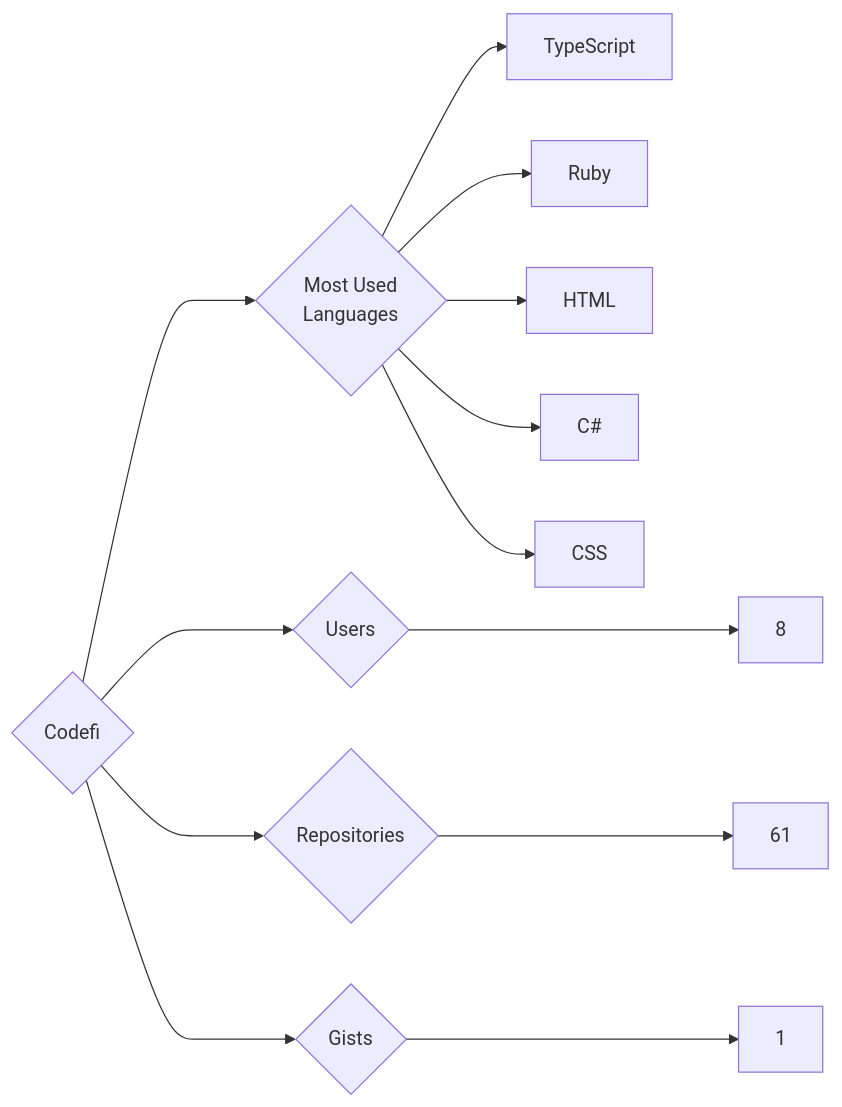
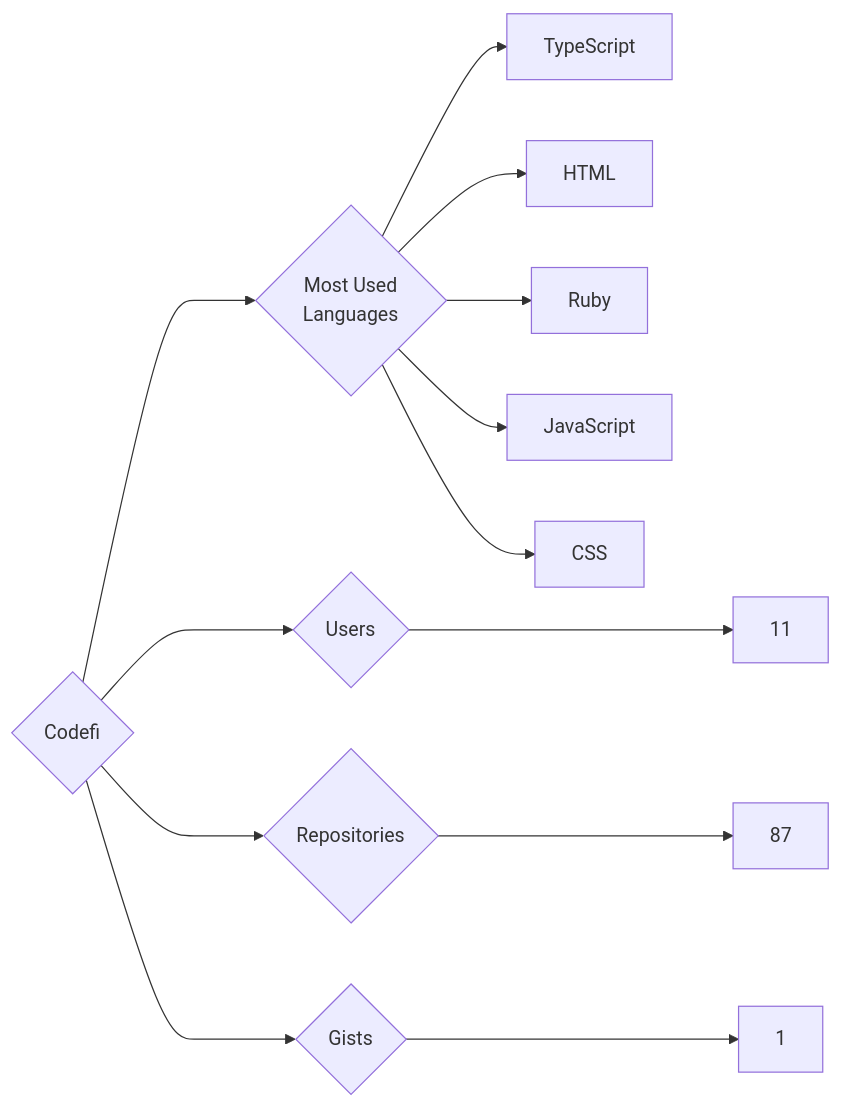
One commit to trickest/insiders changed the diagram in targets/Codefi/README.md. Above: the diagram before and after it, drawn with Mermaid. The commit also changed 933 other files, not shown here.

````diff
--- a/targets/Codefi/README.md
+++ b/targets/Codefi/README.md
@@ -3,13 +3,13 @@
 ```mermaid
 graph LR
 COMPANY_NAME{Codefi}
-COMPANY_NAME ---> U{Users} ---> UN[8]
-COMPANY_NAME ---> R{Repositories} ---> RN[61]
+COMPANY_NAME ---> U{Users} ---> UN[11]
+COMPANY_NAME ---> R{Repositories} ---> RN[87]
 COMPANY_NAME ---> G{Gists} ---> GN[1]
 COMPANY_NAME ---> ML{Most Used<br>Languages}
 ML --> TypeScript[TypeScript]
+ML --> HTML[HTML]
 ML --> Ruby[Ruby]
-ML --> HTML[HTML]
-ML --> C#[C#]
+ML --> JavaScript[JavaScript]
 ML --> CSS[CSS]
 ```
````
